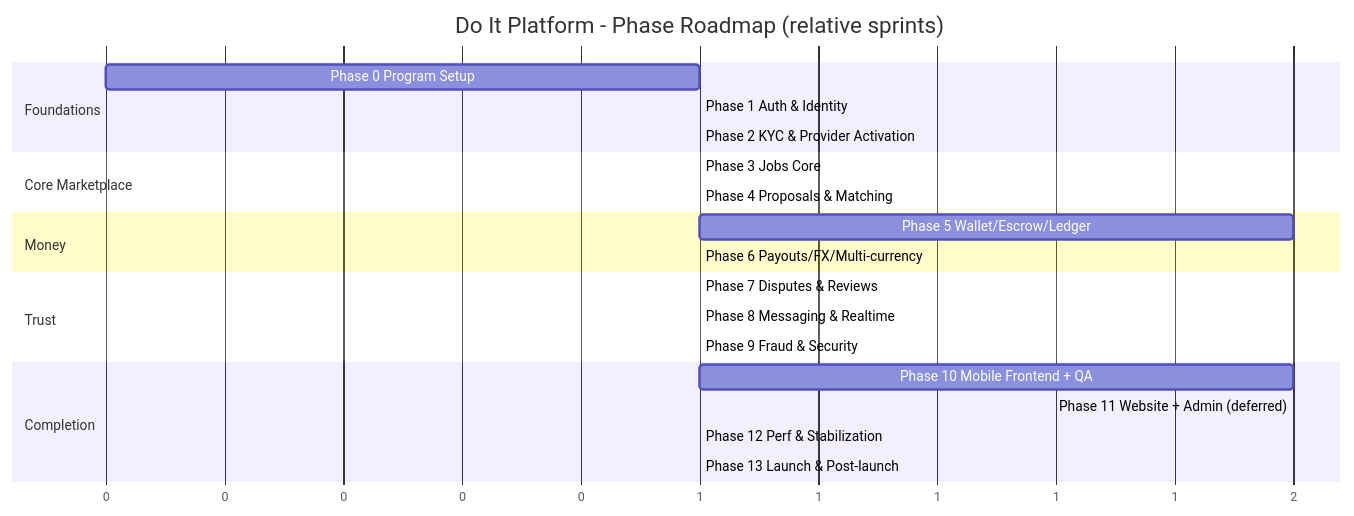
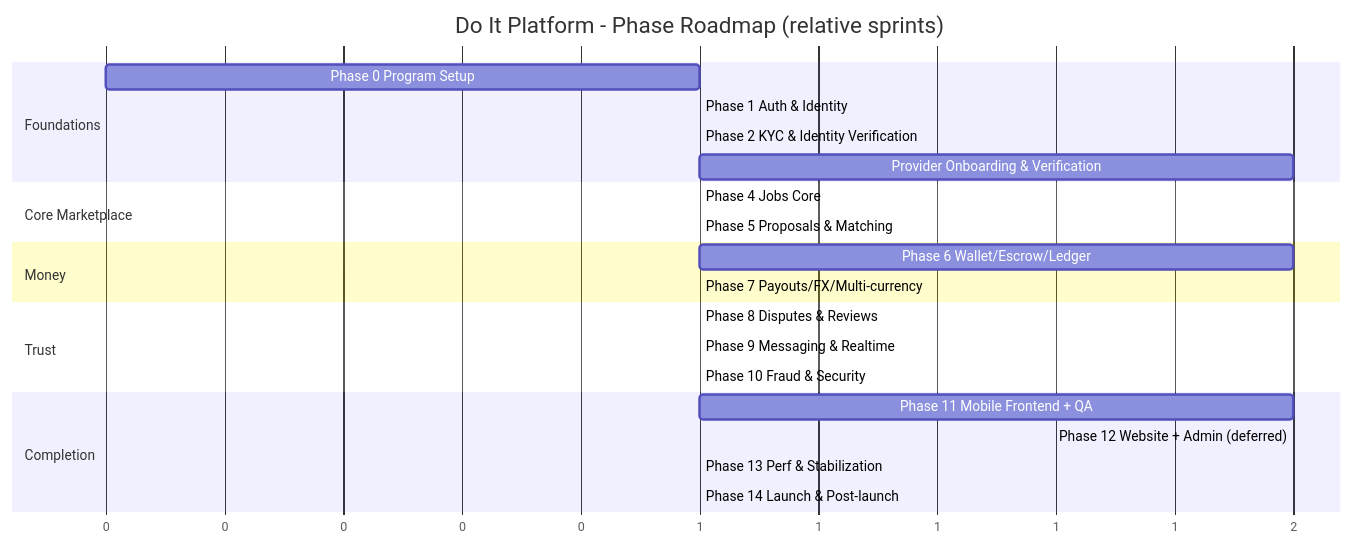
One commit to Ubaid123678/DO_IT_Platfom changed diagram 13 of 13 in docs/LLM_ARCHITECTURE_PACK.md. Above: the diagram before and after it, drawn with Mermaid. The commit also changed other lines of this file and 5 other files, not shown here.

Commit message:
documentation updation for provider onboarding verification

````diff
--- a/docs/LLM_ARCHITECTURE_PACK.md
+++ b/docs/LLM_ARCHITECTURE_PACK.md
@@ -514,25 +542,26 @@
 ```mermaid
 gantt
     title Do It Platform - Phase Roadmap (relative sprints)
     dateFormat  X
     axisFormat %s
     section Foundations
     Phase 0 Program Setup             :p0, 0, 1
     Phase 1 Auth & Identity           :p1, after p0, 1
-    Phase 2 KYC & Provider Activation :p2, after p1, 1
+    Phase 2 KYC & Identity Verification:p2, after p1, 1
+    Provider Onboarding & Verification:p2b, after p2, 2
     section Core Marketplace
-    Phase 3 Jobs Core                 :p3, after p2, 1
-    Phase 4 Proposals & Matching      :p4, after p3, 1
+    Phase 4 Jobs Core                 :p4, after p2b, 1
+    Phase 5 Proposals & Matching      :p5, after p4, 1
     section Money
-    Phase 5 Wallet/Escrow/Ledger      :p5, after p4, 2
-    Phase 6 Payouts/FX/Multi-currency :p6, after p5, 1
+    Phase 6 Wallet/Escrow/Ledger      :p6, after p5, 2
+    Phase 7 Payouts/FX/Multi-currency :p7, after p6, 1
     section Trust
-    Phase 7 Disputes & Reviews        :p7, after p6, 1
-    Phase 8 Messaging & Realtime      :p8, after p7, 1
-    Phase 9 Fraud & Security          :p9, after p8, 1
+    Phase 8 Disputes & Reviews        :p8, after p7, 1
+    Phase 9 Messaging & Realtime      :p9, after p8, 1
+    Phase 10 Fraud & Security         :p10, after p9, 1
     section Completion
-    Phase 10 Mobile Frontend + QA     :p10, after p9, 2
-    Phase 11 Website + Admin (deferred):p11, after p10, 2
-    Phase 12 Perf & Stabilization     :p12, after p11, 1
-    Phase 13 Launch & Post-launch     :p13, after p12, 1
+    Phase 11 Mobile Frontend + QA     :p11, after p10, 2
+    Phase 12 Website + Admin (deferred):p12, after p11, 2
+    Phase 13 Perf & Stabilization     :p13, after p12, 1
+    Phase 14 Launch & Post-launch     :p14, after p13, 1
 ```
````
